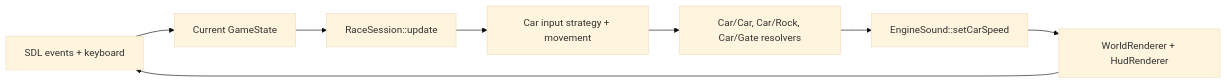
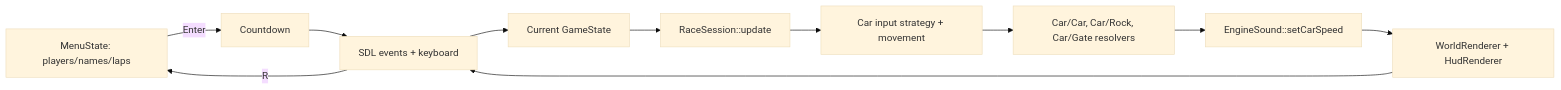
The diagram in README.md (FrancescoG74/miniCar), drawn with Mermaid (base theme) before and after one commit. The commit also changed other lines of this file and 37 other files, not shown here.

````diff
--- a/README.md
+++ b/README.md
@@ -57,10 +58,13 @@
 ```mermaid
 flowchart LR
-  Events[SDL events + keyboard] --> GameState[Current GameState]
+  Menu[MenuState: players/names/laps] -->|Enter| Countdown
+  Countdown --> Events[SDL events + keyboard]
+  Events --> GameState[Current GameState]
   GameState --> RaceUpdate[RaceSession::update]
   RaceUpdate --> Cars[Car input strategy + movement]
   Cars --> Collisions[Car/Car, Car/Rock, Car/Gate resolvers]
   Collisions --> Audio[EngineSound::setCarSpeed]
   Audio --> Render[WorldRenderer + HudRenderer]
   Render --> Events
+  Events -->|R| Menu
 ```
````
